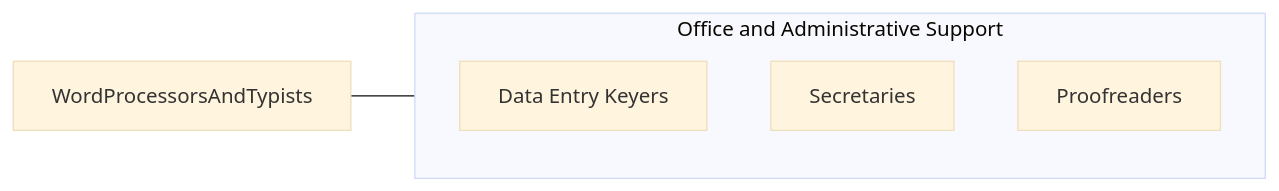
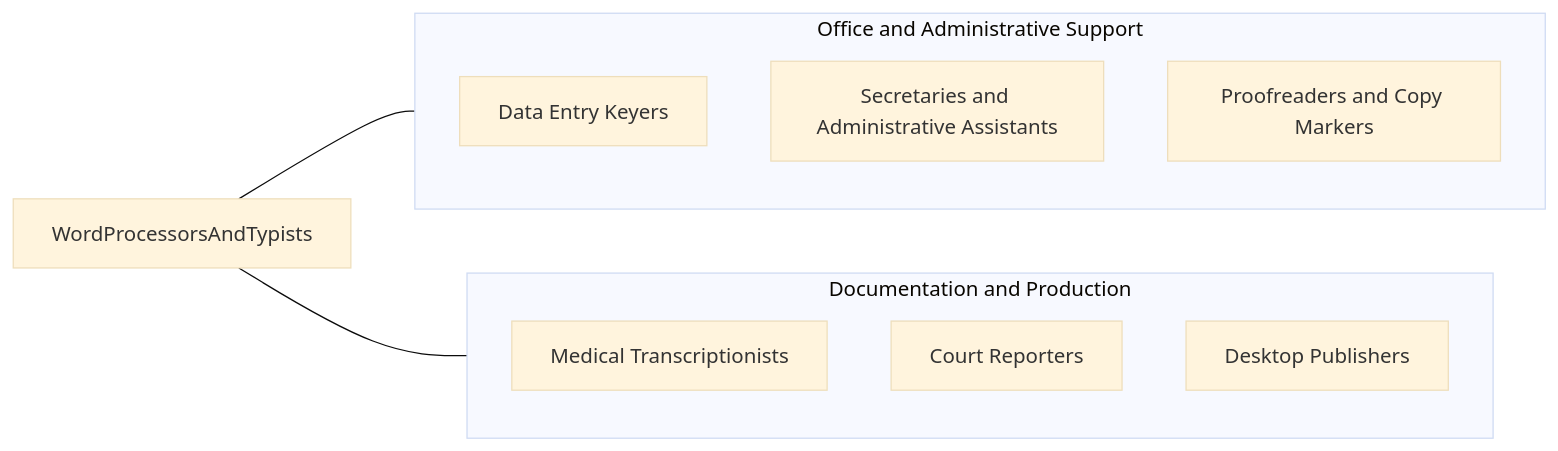
The fourth of 4 diagrams in occupations/Administrative/WordProcessorsAndTypists.mdx (kziemski/business.org.ai), drawn with Mermaid (base theme) before and after one commit. The commit also changed other lines of this file and 19 other files, not shown here.

````diff
--- a/occupations/Administrative/WordProcessorsAndTypists.mdx
+++ b/occupations/Administrative/WordProcessorsAndTypists.mdx
@@ -99,10 +305,19 @@
 ```mermaid
 graph LR
     Current["WordProcessorsAndTypists"]
+
     subgraph SameCategory["Office and Administrative Support"]
         RDataEntryKeyers["Data Entry Keyers"]
-        RSecretaries["Secretaries"]
-        RProofreaders["Proofreaders"]
+        RSecretaries["Secretaries and Administrative Assistants"]
+        RProofreaders["Proofreaders and Copy Markers"]
     end
+
+    subgraph CrossFunctional["Documentation and Production"]
+        RMedicalTranscription["Medical Transcriptionists"]
+        RCourtReporters["Court Reporters"]
+        RDesktopPublishers["Desktop Publishers"]
+    end
+
     Current --- SameCategory
+    Current --- CrossFunctional
 ```
````
